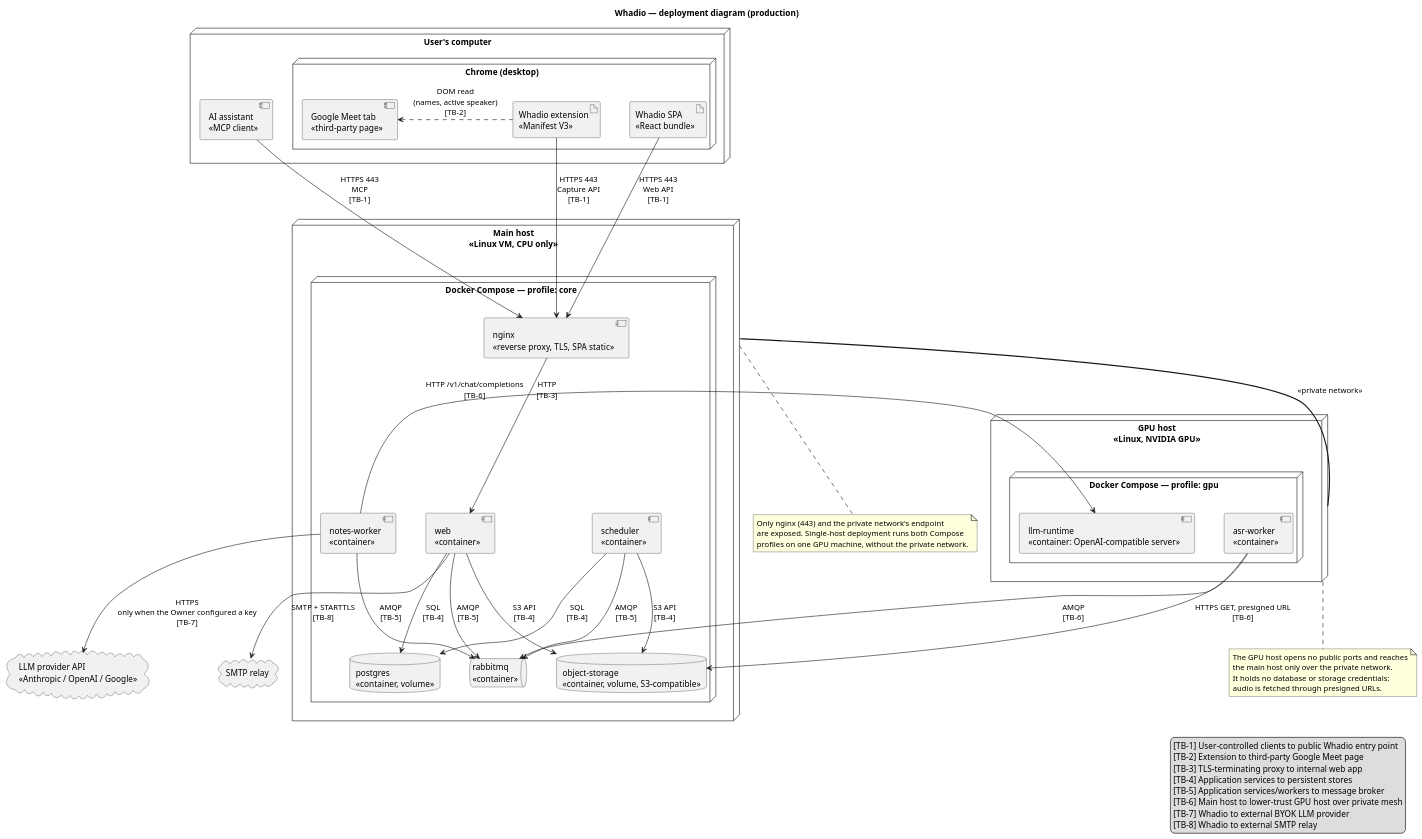
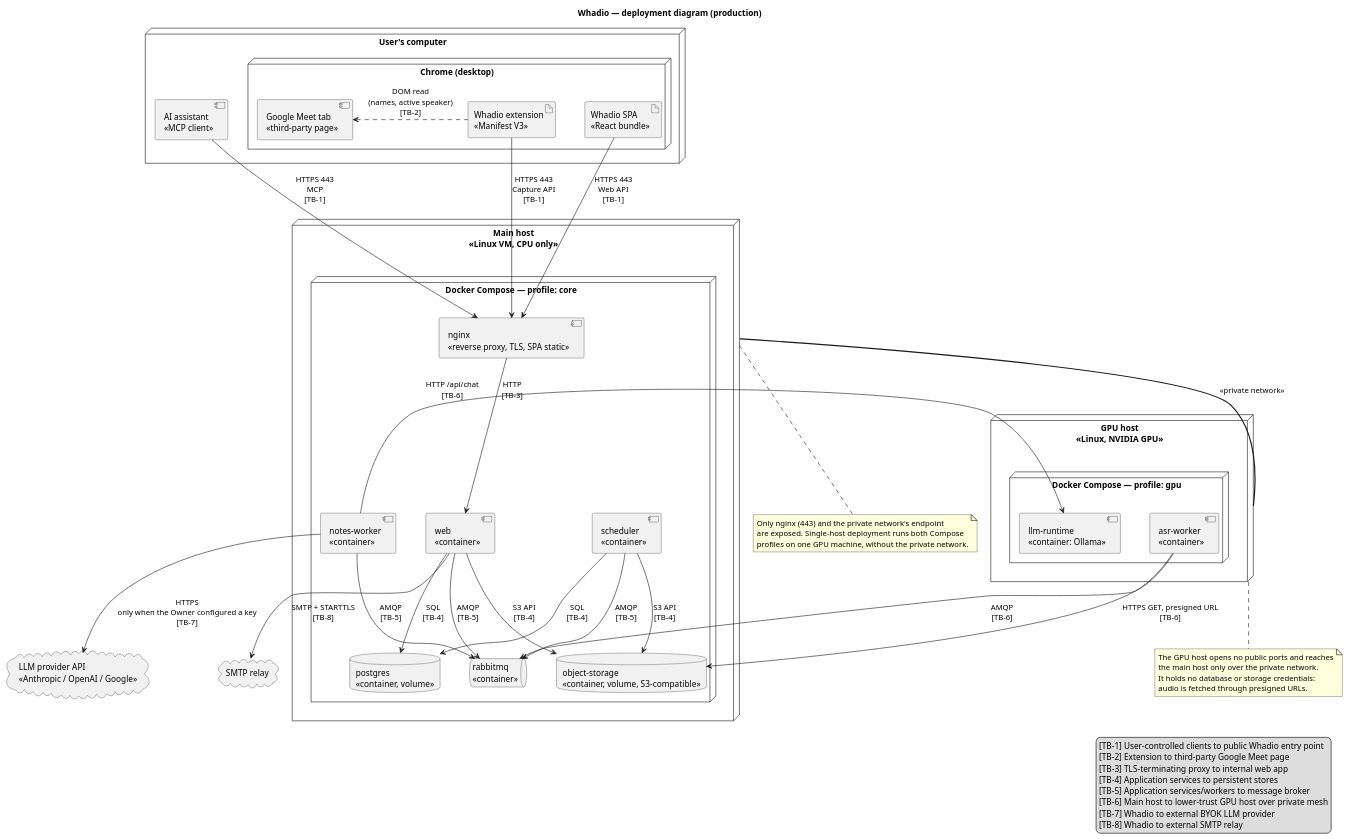
Before and after one commit to ukma-fin-ssdm-2026/Whadio: the diagram in docs/architecture/uml/deployment-diagram.puml, drawn with PlantUML. The commit also changed 6 other files, not shown here.

First line of the commit message:
docs(#86): show Ollama as the LLM runtime in the design and diagrams

```diff
--- a/docs/architecture/uml/deployment-diagram.puml
+++ b/docs/architecture/uml/deployment-diagram.puml
@@ -1,87 +1,87 @@
 @startuml deployment-diagram
 title Whadio — deployment diagram (production)
 
 skinparam nodesep 50
 skinparam ranksep 70
 
 node "User's computer" as pc {
   node "Chrome (desktop)" as chrome {
     artifact "Whadio extension\n<<Manifest V3>>" as ext
     component "Google Meet tab\n<<third-party page>>" as meet
     artifact "Whadio SPA\n<<React bundle>>" as spa
   }
   component "AI assistant\n<<MCP client>>" as mcpClient
 }
 
 node "Main host\n<<Linux VM, CPU only>>" as main {
   node "Docker Compose — profile: core" as composeCore {
     component "nginx\n<<reverse proxy, TLS, SPA static>>" as nginx
     component "web\n<<container>>" as web
     component "scheduler\n<<container>>" as scheduler
     component "notes-worker\n<<container>>" as notesWorker
     queue "rabbitmq\n<<container>>" as mq
     database "postgres\n<<container, volume>>" as db
     database "object-storage\n<<container, volume, S3-compatible>>" as store
   }
 }
 
 node "GPU host\n<<Linux, NVIDIA GPU>>" as gpu {
   node "Docker Compose — profile: gpu" as composeGpu {
     component "asr-worker\n<<container>>" as asrWorker
-    component "llm-runtime\n<<container: OpenAI-compatible server>>" as llm
+    component "llm-runtime\n<<container: Ollama>>" as llm
   }
 }
 
 cloud "LLM provider API\n<<Anthropic / OpenAI / Google>>" as provider
 cloud "SMTP relay" as smtp
 
 ' --- Clients: nginx is the only public entry point ---
 ext --> nginx : HTTPS 443\nCapture API\n[TB-1]
 spa --> nginx : HTTPS 443\nWeb API\n[TB-1]
 mcpClient --> nginx : HTTPS 443\nMCP\n[TB-1]
 ext .left.> meet : DOM read\n(names, active speaker)\n[TB-2]
 
 ' --- Inside the main host ---
 nginx --> web : HTTP\n[TB-3]
 web --> db : SQL\n[TB-4]
 web --> store : S3 API\n[TB-4]
 web --> mq : AMQP\n[TB-5]
 scheduler --> db : SQL\n[TB-4]
 scheduler --> store : S3 API\n[TB-4]
 scheduler --> mq : AMQP\n[TB-5]
 notesWorker --> mq : AMQP\n[TB-5]
 
 ' --- Between the hosts: everything travels over the private network ---
 gpu == main : <<private network>>
 asrWorker --> mq : AMQP\n[TB-6]
 asrWorker --> store : HTTPS GET, presigned URL\n[TB-6]
-notesWorker --> llm : HTTP /v1/chat/completions\n[TB-6]
+notesWorker --> llm : HTTP /api/chat\n[TB-6]
 
 ' --- Egress to third parties ---
 notesWorker --> provider : HTTPS\nonly when the Owner configured a key\n[TB-7]
 web --> smtp : SMTP + STARTTLS\n[TB-8]
 
 note bottom of gpu
   The GPU host opens no public ports and reaches
   the main host only over the private network.
   It holds no database or storage credentials:
   audio is fetched through presigned URLs.
 end note
 
 note bottom of main
   Only nginx (443) and the private network's endpoint
   are exposed. Single-host deployment runs both Compose
   profiles on one GPU machine, without the private network.
 end note
 
 legend right
   [TB-1] User-controlled clients to public Whadio entry point
   [TB-2] Extension to third-party Google Meet page
   [TB-3] TLS-terminating proxy to internal web app
   [TB-4] Application services to persistent stores
   [TB-5] Application services/workers to message broker
   [TB-6] Main host to lower-trust GPU host over private mesh
   [TB-7] Whadio to external BYOK LLM provider
   [TB-8] Whadio to external SMTP relay
 endlegend
 @enduml
```
